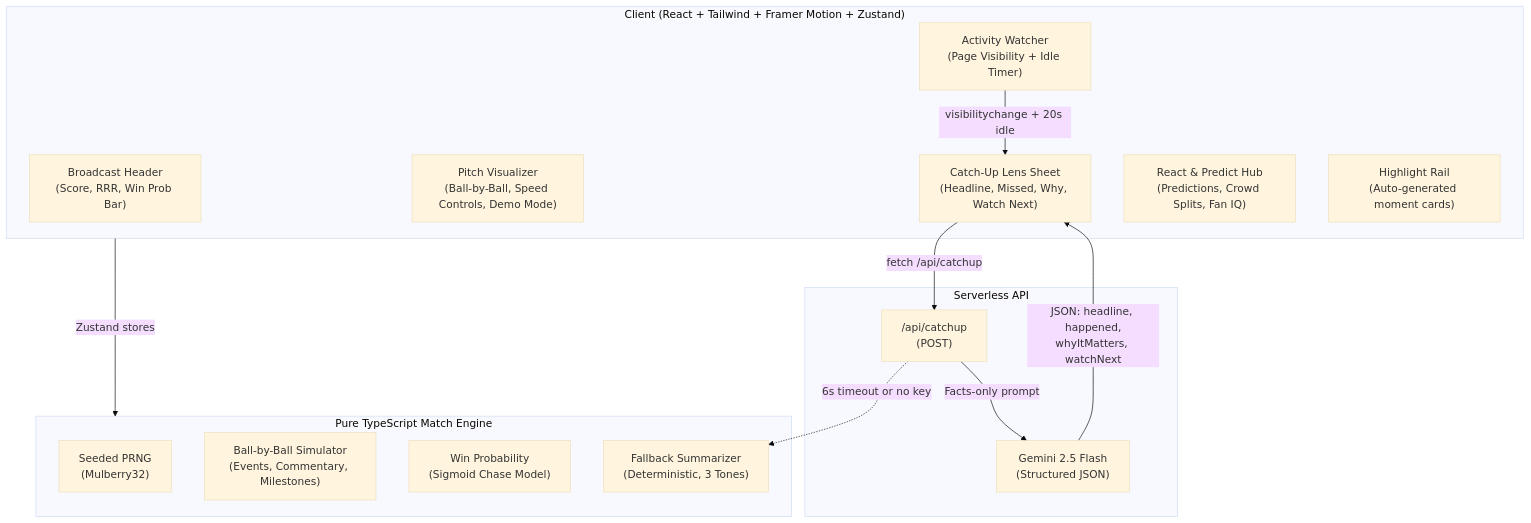
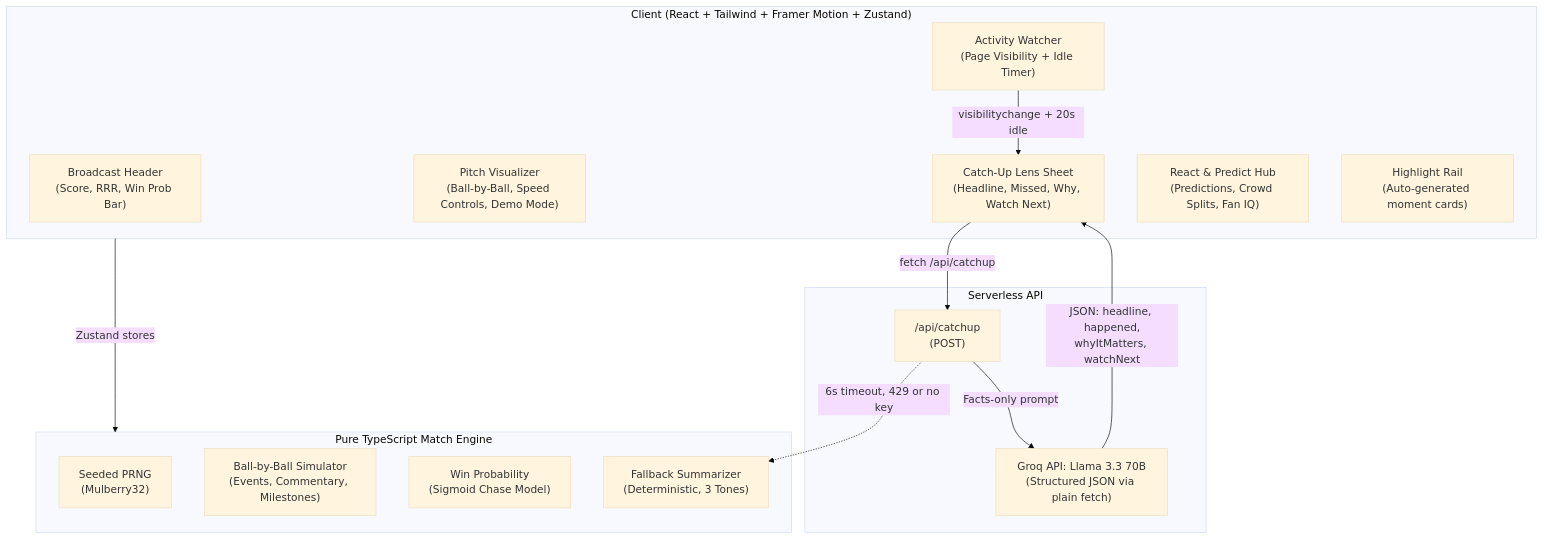
One commit to SamarthKapdi/catch-up-lens changed the diagram in README.md. Above: the diagram before and after it, drawn with Mermaid (base theme). The commit also changed other lines of this file and 8 other files, not shown here.

First line of the commit message:
feat: replace Gemini with Groq (Llama 3.3 70B) via plain fetch

````diff
--- a/README.md
+++ b/README.md
@@ -38,30 +38,30 @@
 ```mermaid
 flowchart TD
     subgraph Client ["Client (React + Tailwind + Framer Motion + Zustand)"]
         BH["Broadcast Header\n(Score, RRR, Win Prob Bar)"]
         PV["Pitch Visualizer\n(Ball-by-Ball, Speed Controls, Demo Mode)"]
         CS["Catch-Up Lens Sheet\n(Headline, Missed, Why, Watch Next)"]
         RP["React & Predict Hub\n(Predictions, Crowd Splits, Fan IQ)"]
         HR["Highlight Rail\n(Auto-generated moment cards)"]
         AW["Activity Watcher\n(Page Visibility + Idle Timer)"]
     end
 
     subgraph Engine ["Pure TypeScript Match Engine"]
         PRNG["Seeded PRNG\n(Mulberry32)"]
         SIM["Ball-by-Ball Simulator\n(Events, Commentary, Milestones)"]
         WP["Win Probability\n(Sigmoid Chase Model)"]
         FB["Fallback Summarizer\n(Deterministic, 3 Tones)"]
     end
 
     subgraph API ["Serverless API"]
         EP["/api/catchup\n(POST)"]
-        GEM["Gemini 2.5 Flash\n(Structured JSON)"]
+        GROQ["Groq API: Llama 3.3 70B\n(Structured JSON via plain fetch)"]
     end
 
     Client -->|Zustand stores| Engine
     AW -->|visibilitychange + 20s idle| CS
     CS -->|fetch /api/catchup| EP
-    EP -->|Facts-only prompt| GEM
-    EP -.->|6s timeout or no key| FB
-    GEM -->|JSON: headline, happened,\nwhyItMatters, watchNext| CS
+    EP -->|Facts-only prompt| GROQ
+    EP -.->|6s timeout, 429 or no key| FB
+    GROQ -->|JSON: headline, happened,\nwhyItMatters, watchNext| CS
 ```
````
